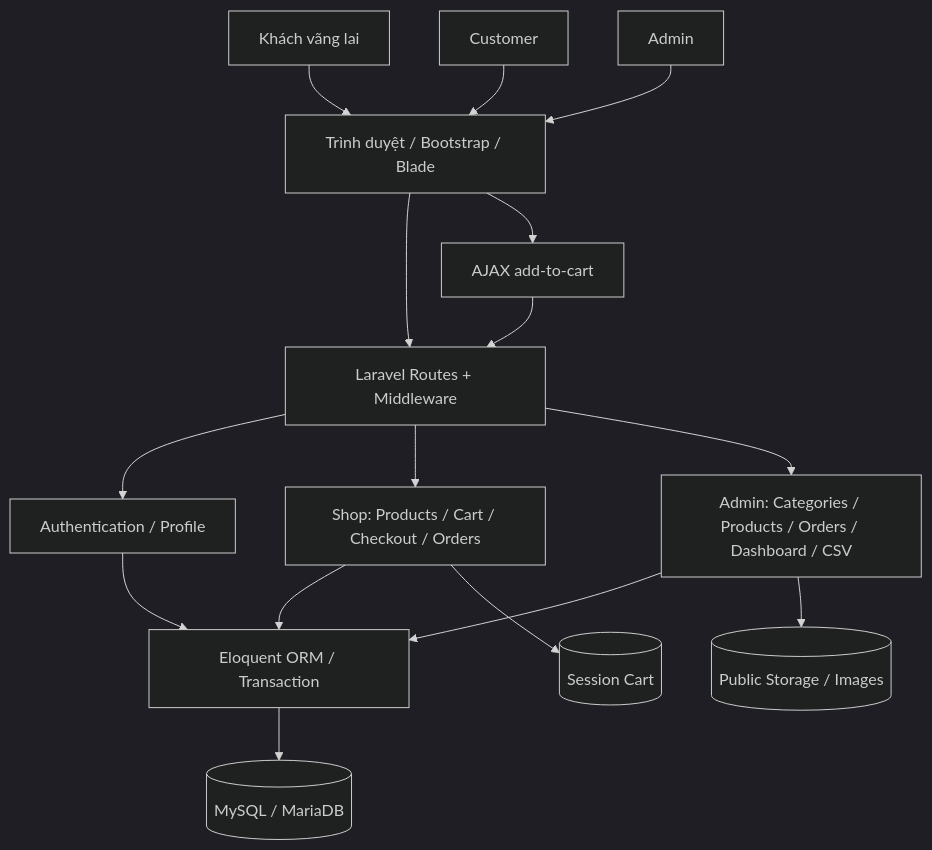
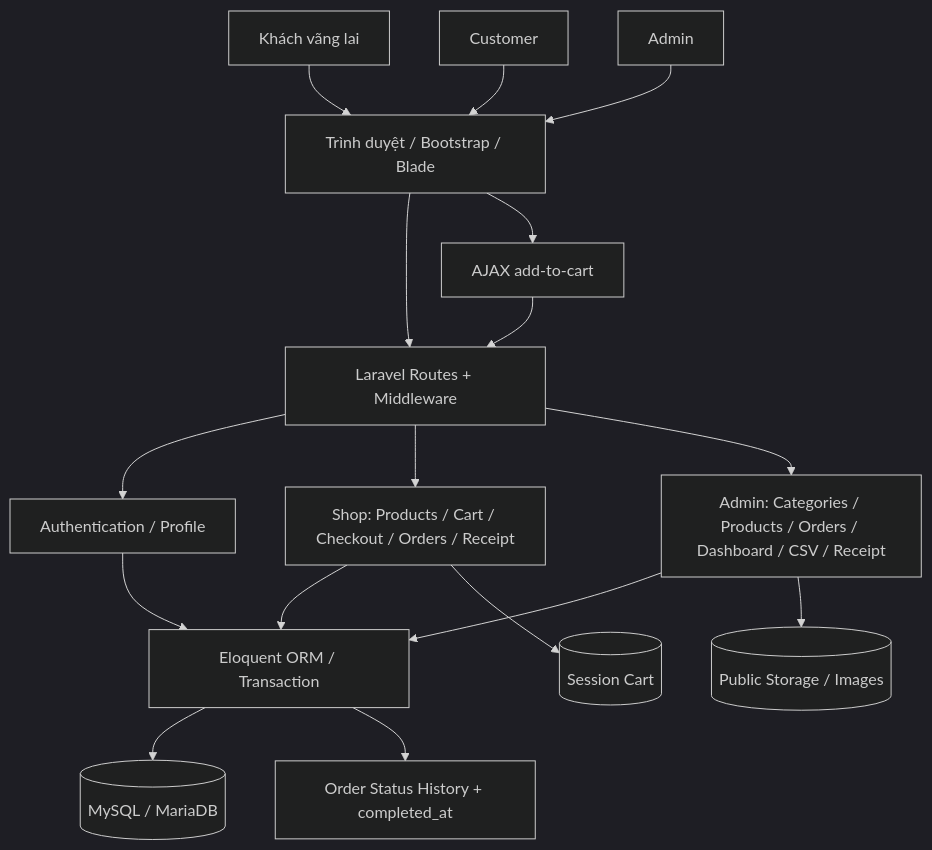
One commit to toanhuynh040805-crypto/MaNguonMo_Toan changed the diagram in docs/09_Kien_truc_ung_dung.mmd. Above: the diagram before and after it, drawn with Mermaid (dark theme). The commit also changed 8 other files, not shown here.

Commit message:
docs: align ERD and Use Cases with order audit, print receipts, and test plan; add MIT license

```diff
--- a/docs/09_Kien_truc_ung_dung.mmd
+++ b/docs/09_Kien_truc_ung_dung.mmd
@@ -1,16 +1,17 @@
 flowchart TD
     Guest[Khách vãng lai] --> Web[Trình duyệt / Bootstrap / Blade]
     Customer[Customer] --> Web
     Admin[Admin] --> Web
     Web --> Router[Laravel Routes + Middleware]
     Router --> Auth[Authentication / Profile]
-    Router --> Store[Shop: Products / Cart / Checkout / Orders]
-    Router --> Manage[Admin: Categories / Products / Orders / Dashboard / CSV]
+    Router --> Store[Shop: Products / Cart / Checkout / Orders / Receipt]
+    Router --> Manage[Admin: Categories / Products / Orders / Dashboard / CSV / Receipt]
     Store --> ORM[Eloquent ORM / Transaction]
     Manage --> ORM
     Auth --> ORM
     ORM --> MySQL[(MySQL / MariaDB)]
+    ORM --> StatusHistory[Order Status History + completed_at]
     Store --> Session[(Session Cart)]
     Manage --> FileStorage[(Public Storage / Images)]
     Web --> Ajax[AJAX add-to-cart]
     Ajax --> Router
```
